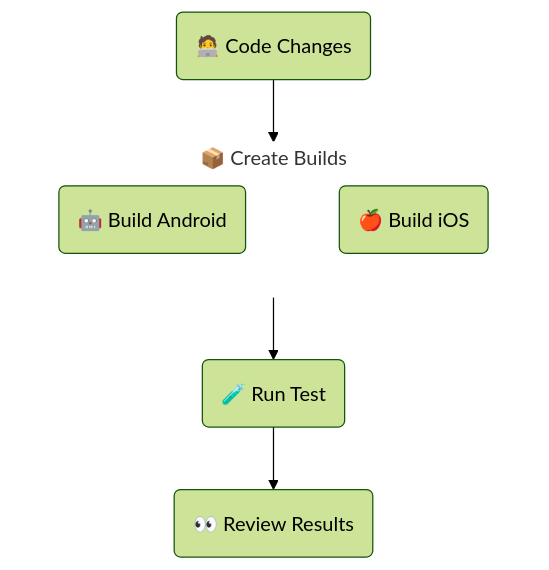
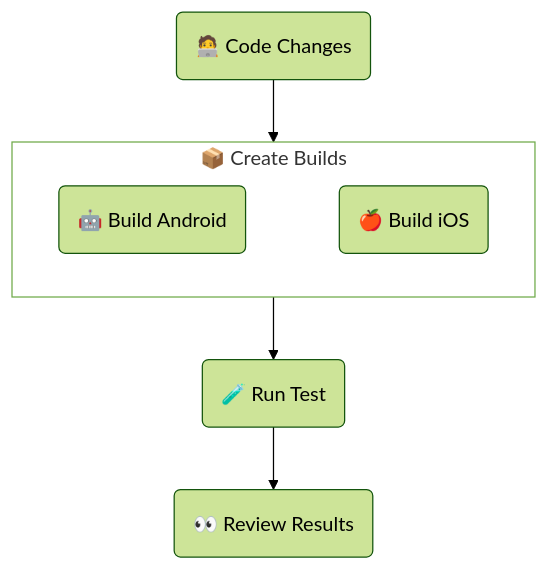
Before and after one commit to sherlo-io/sherlo: the diagram in examples/standard/README.md, drawn with Mermaid (forest theme).

Commit message:
no message

````diff
--- a/examples/standard/README.md
+++ b/examples/standard/README.md
@@ -14,16 +14,16 @@
 ```mermaid
 flowchart TB
    UI(🧑‍💻 Code Changes)
    subgraph Build[📦 Create Builds]
       Android(🤖 Build Android)
       iOS(🍎 Build iOS)
       Android ~~~ iOS
-      style Build fill:#26334700,stroke:#FFF
+      style Build fill:#26334700
    end
    Test(🧪 Run Test)
    Review(👀 Review Results)
 
    UI --> Build
    Build --> Test
    Test --> Review
 ```
````
